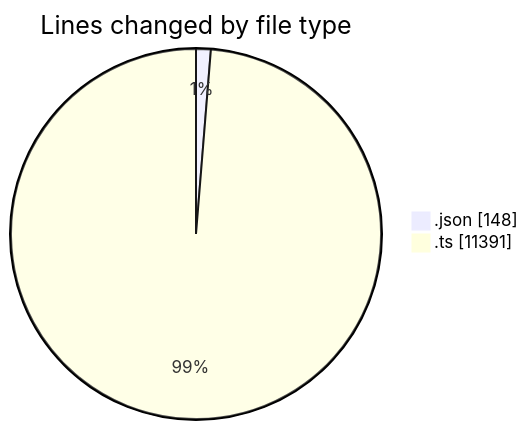
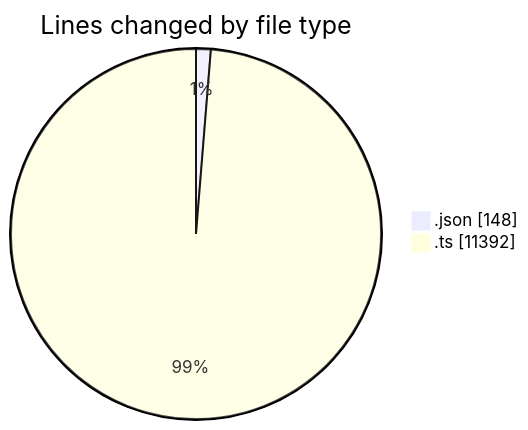
One commit to yexinjia/code-tracking changed the first of 2 diagrams in 2026-10-17/repo-copilot/README.md. Above: the diagram before and after it, drawn with Mermaid. The commit also changed other lines of this file and 1 other file, not shown here.

````diff
--- a/2026-10-17/repo-copilot/README.md
+++ b/2026-10-17/repo-copilot/README.md
@@ -21,6 +21,6 @@
 ```mermaid
 pie showData
 title Lines changed by file type
 ".json" : 148
-".ts" : 11391
+".ts" : 11392
 ```
````
